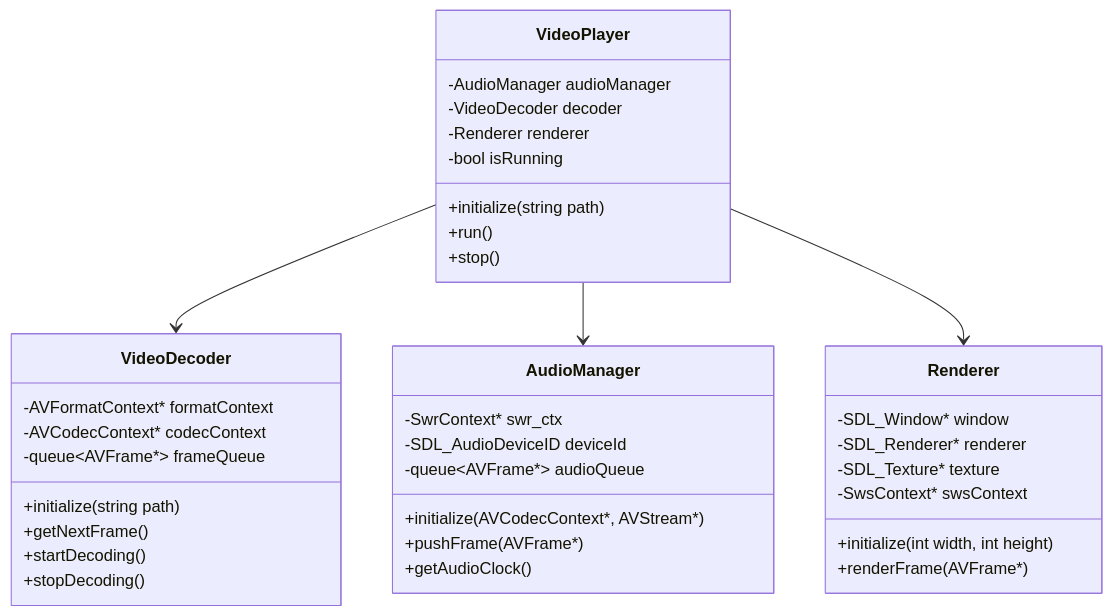
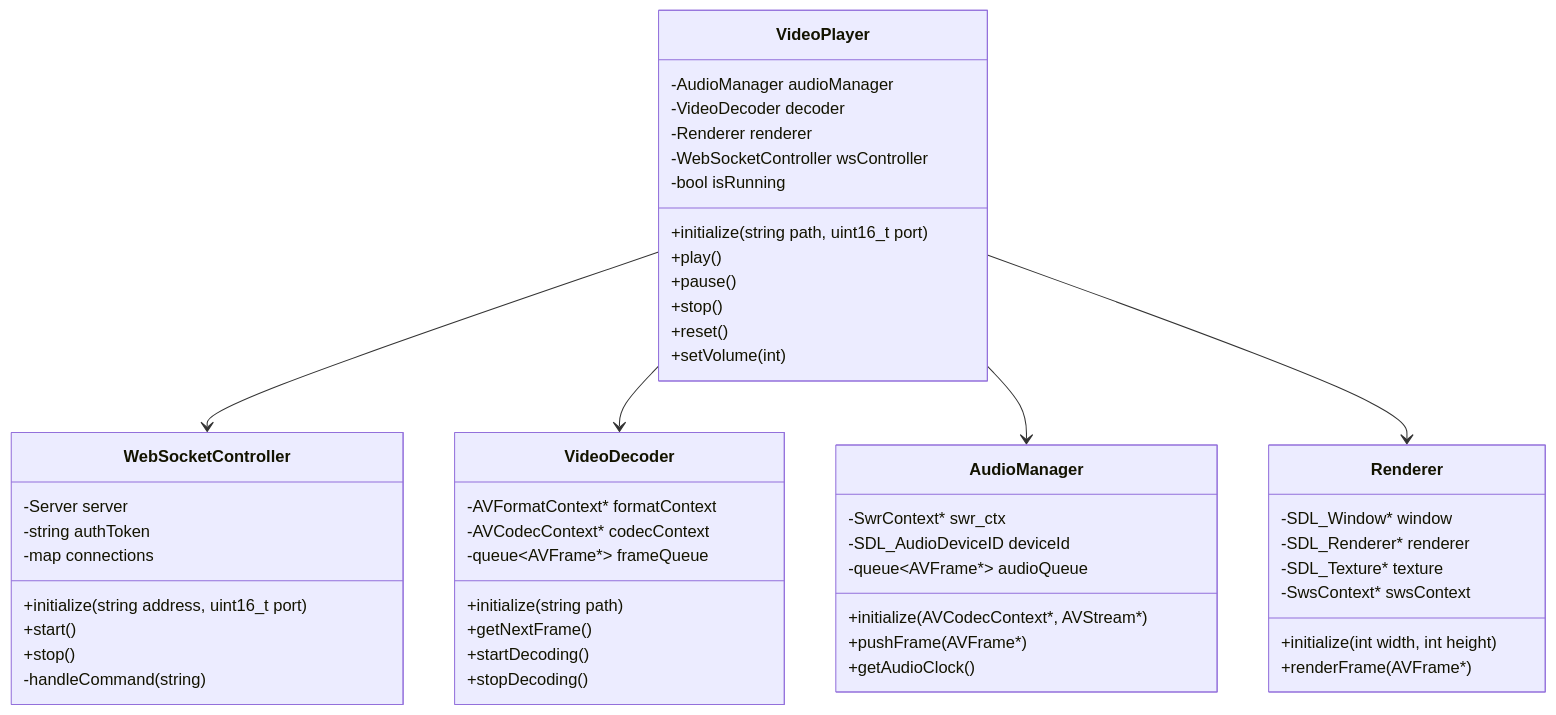
The second of 2 diagrams in README.md (benoitliard/video-player), drawn with Mermaid before and after one commit. The commit also changed other lines of this file and 1 other file, not shown here.

````diff
--- a/README.md
+++ b/README.md
@@ -100,44 +26,59 @@
 ```mermaid
 classDiagram
     class VideoPlayer {
         -AudioManager audioManager
         -VideoDecoder decoder
         -Renderer renderer
+        -WebSocketController wsController
         -bool isRunning
-        +initialize(string path)
-        +run()
+        +initialize(string path, uint16_t port)
+        +play()
+        +pause()
         +stop()
+        +reset()
+        +setVolume(int)
+    }
+    
+    class WebSocketController {
+        -Server server
+        -string authToken
+        -map connections
+        +initialize(string address, uint16_t port)
+        +start()
+        +stop()
+        -handleCommand(string)
     }
     
     class VideoDecoder {
         -AVFormatContext* formatContext
         -AVCodecContext* codecContext
         -queue~AVFrame*~ frameQueue
         +initialize(string path)
         +getNextFrame()
         +startDecoding()
         +stopDecoding()
     }
     
     class AudioManager {
         -SwrContext* swr_ctx
         -SDL_AudioDeviceID deviceId
         -queue~AVFrame*~ audioQueue
         +initialize(AVCodecContext*, AVStream*)
         +pushFrame(AVFrame*)
         +getAudioClock()
     }
     
     class Renderer {
         -SDL_Window* window
         -SDL_Renderer* renderer
         -SDL_Texture* texture
         -SwsContext* swsContext
         +initialize(int width, int height)
         +renderFrame(AVFrame*)
     }
     
+    VideoPlayer --> WebSocketController
     VideoPlayer --> VideoDecoder
     VideoPlayer --> AudioManager
     VideoPlayer --> Renderer
 ```
````
